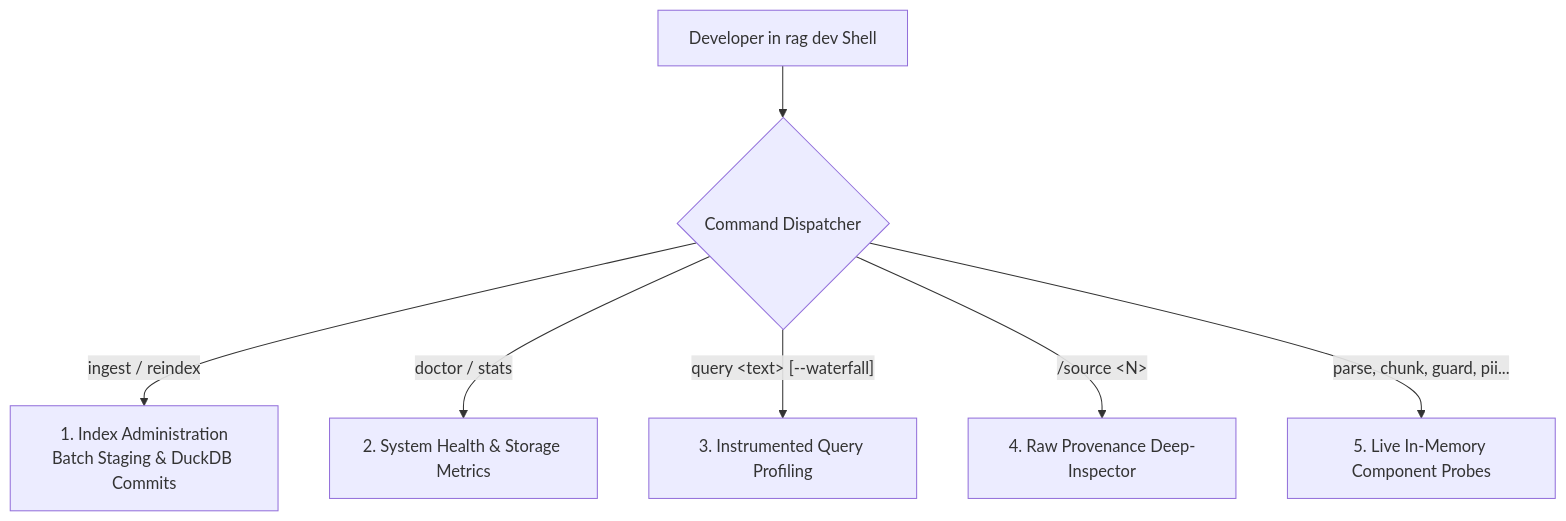
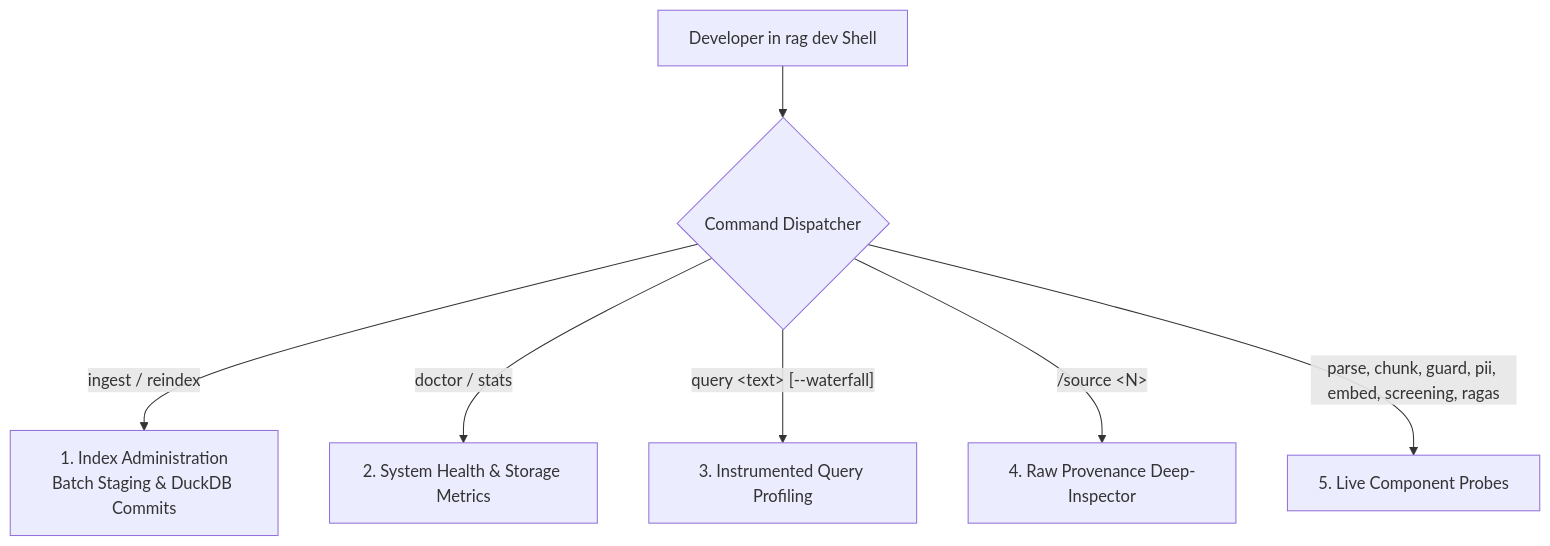
The diagram in notes/developer/rag_dev.md (uehera/RAGnarok), drawn with Mermaid before and after one commit. The commit also changed other lines of this file and 11 other files, not shown here.

Commit message:
docs(notes): synchronize developer hubs, architecture blueprints, research reports, and auto-dismiss upload toasts

````diff
--- a/notes/developer/rag_dev.md
+++ b/notes/developer/rag_dev.md
@@ -13,10 +13,10 @@
 ```mermaid
 flowchart TD
     DEV["Developer in rag dev Shell"] --> PARSER{"Command Dispatcher"}
     
     PARSER -- "ingest / reindex" --> ADM["1. Index Administration<br>Batch Staging & DuckDB Commits"]
     PARSER -- "doctor / stats" --> DIAG["2. System Health & Storage Metrics"]
     PARSER -- "query &lt;text&gt; [--waterfall]" --> RET["3. Instrumented Query Profiling"]
     PARSER -- "/source &lt;N&gt;" --> INSP["4. Raw Provenance Deep-Inspector"]
-    PARSER -- "parse, chunk, guard, pii..." --> PROBE["5. Live In-Memory Component Probes"]
+    PARSER -- "parse, chunk, guard, pii, embed, screening, ragas" --> PROBE["5. Live Component Probes"]
 ```
````
